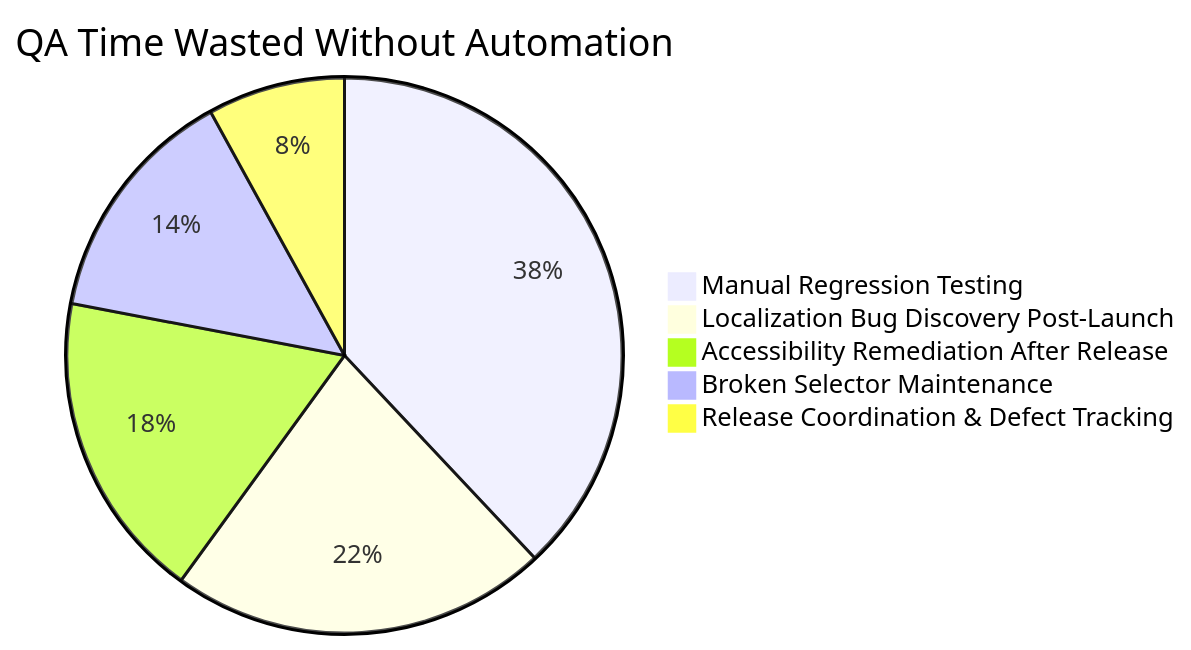
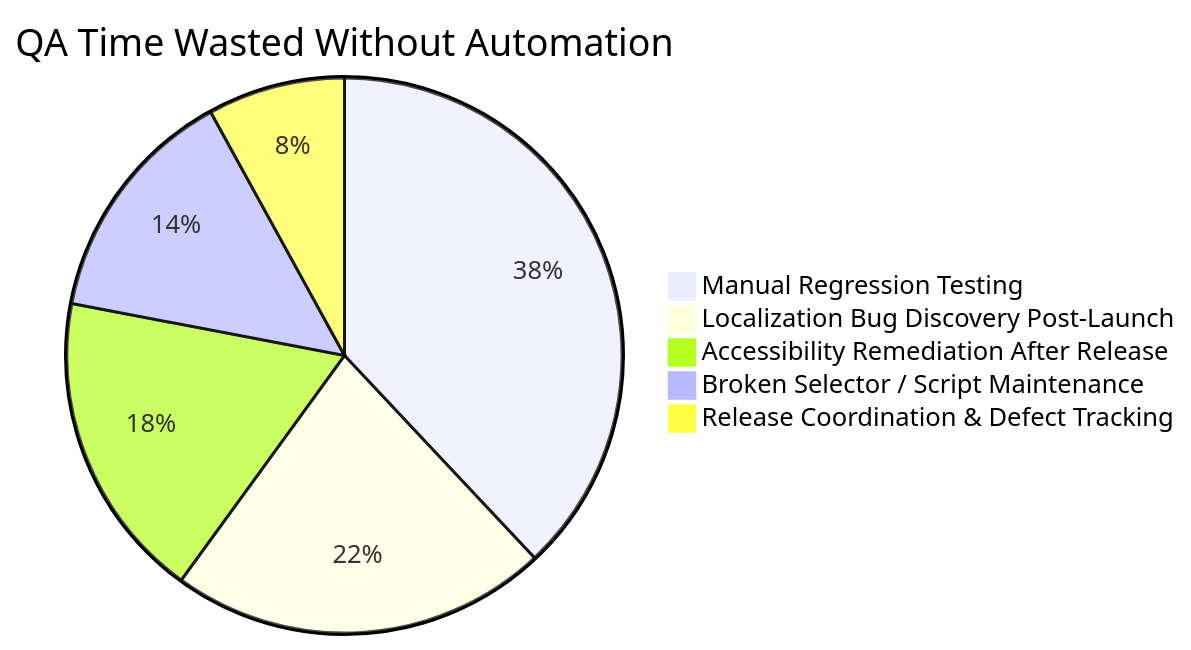
Before and after one commit to kadeep-ai/.github: the third of 3 diagrams in profile/README.md, drawn with Mermaid. The commit also changed other lines of this file, not shown here.

````diff
--- a/profile/README.md
+++ b/profile/README.md
@@ -232,8 +238,8 @@
 ```mermaid
 pie title QA Time Wasted Without Automation
     "Manual Regression Testing" : 38
     "Localization Bug Discovery Post-Launch" : 22
     "Accessibility Remediation After Release" : 18
-    "Broken Selector Maintenance" : 14
+    "Broken Selector / Script Maintenance" : 14
     "Release Coordination & Defect Tracking" : 8
 ```
````
